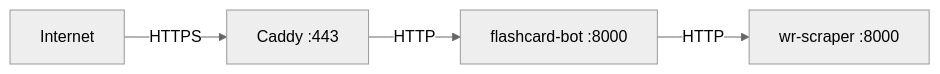
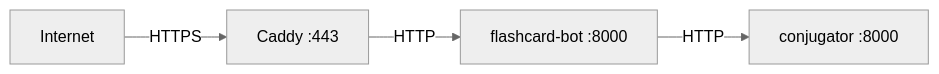
Before and after one commit to d-khalang/FlashCard_ecosystem: the diagram in flashcard-project/docs/configuration.md, drawn with Mermaid (neutral theme). The commit also changed other lines of this file and 1 other file, not shown here.

Commit message:
fix(config): align docker conjugator service name

````diff
--- a/flashcard-project/docs/configuration.md
+++ b/flashcard-project/docs/configuration.md
@@ -151,6 +151,6 @@
 ```mermaid
 graph LR
     INET[Internet] -->|HTTPS| CADDY[Caddy :443]
     CADDY -->|HTTP| BOT[flashcard-bot :8000]
-    BOT -->|HTTP| SCRAPER[wr-scraper :8000]
+    BOT -->|HTTP| SCRAPER[conjugator :8000]
 ```
````
